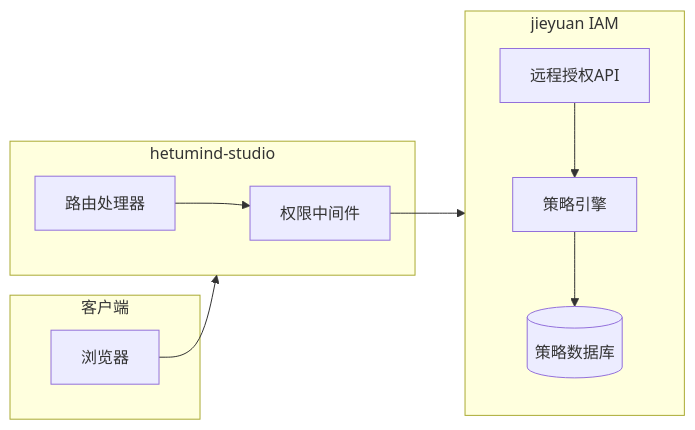
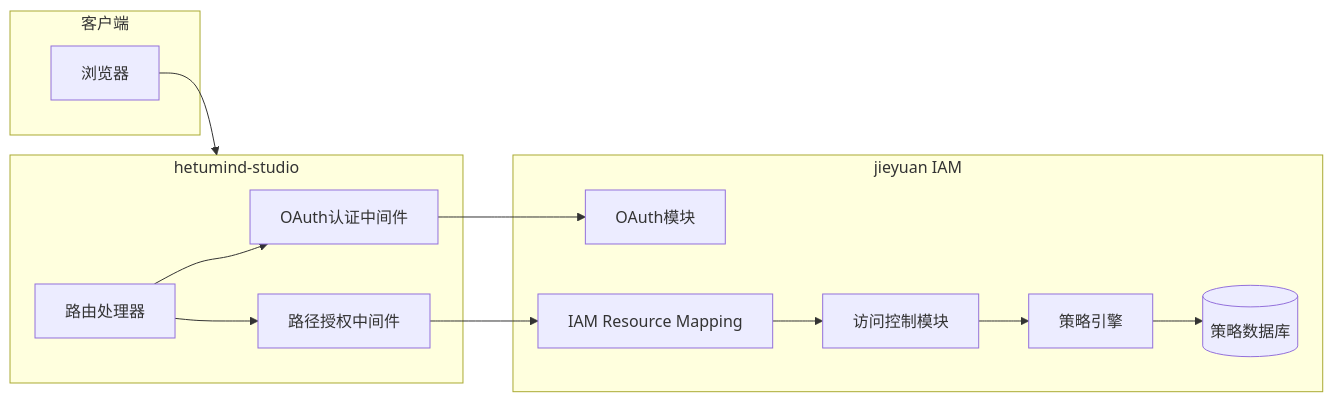
The diagram in documents/hetumind-jieyuan-integration.md (fusion-data/fusion-data), drawn with Mermaid before and after one commit. The commit also changed other lines of this file and 48 other files, not shown here.

Commit message:
feat: Update project documentation and refactor IAM architecture

````diff
--- a/documents/hetumind-jieyuan-integration.md
+++ b/documents/hetumind-jieyuan-integration.md
@@ -9,23 +11,29 @@
 ```mermaid
 graph LR
     subgraph Client[客户端]
         Browser[浏览器]
     end
 
     subgraph HetumindStudio[hetumind-studio]
-        Middleware[权限中间件]
+        OAuthMW[OAuth认证中间件]
+        PathAuthzMW[路径授权中间件]
         Router[路由处理器]
     end
 
     subgraph Jieyuan[jieyuan IAM]
-        AuthzAPI[远程授权API]
+        OAuthModule[OAuth模块]
+        AccessControl[访问控制模块]
+        ResourceMapping[IAM Resource Mapping]
         PolicyEngine[策略引擎]
         PolicyDB[(策略数据库)]
     end
 
     Browser --> HetumindStudio
-    Middleware --> Jieyuan
-    AuthzAPI --> PolicyEngine
+    OAuthMW --> OAuthModule
+    PathAuthzMW --> ResourceMapping
+    ResourceMapping --> AccessControl
+    AccessControl --> PolicyEngine
     PolicyEngine --> PolicyDB
-    Router --> Middleware
+    Router --> OAuthMW
+    Router --> PathAuthzMW
 ```
````
